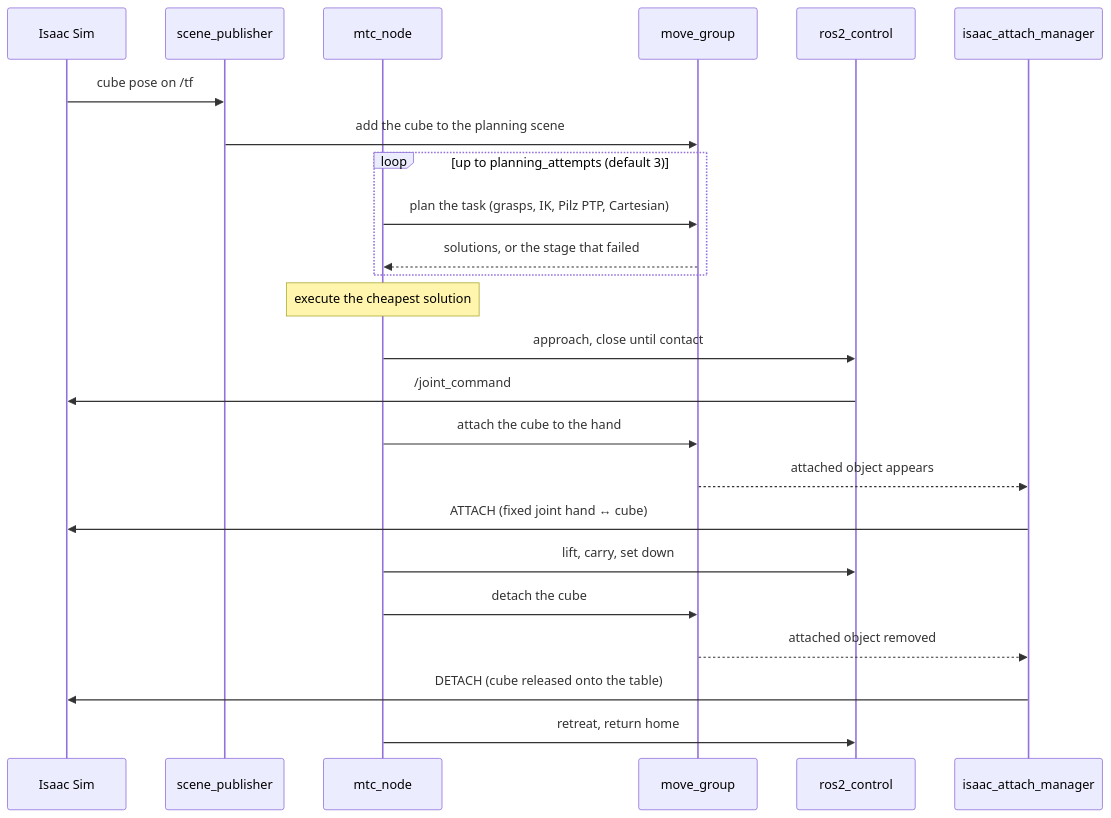
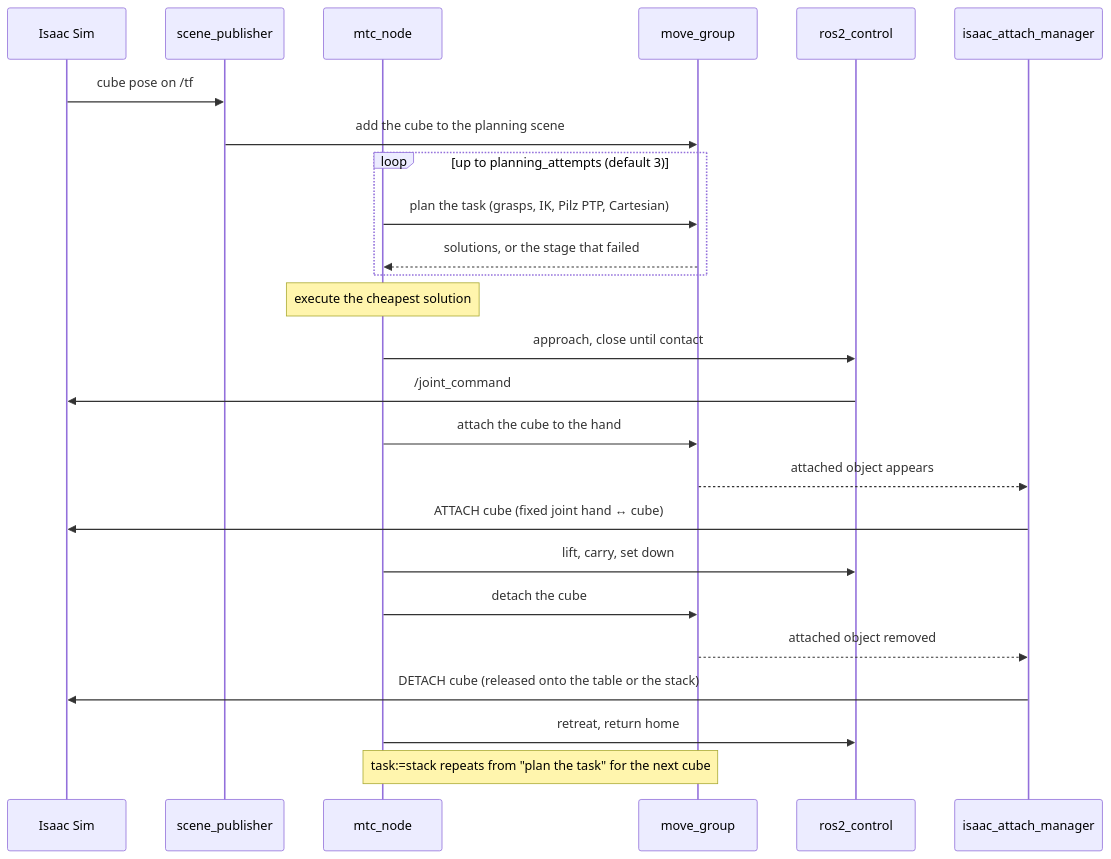
One commit to ookkshirsagar/moveit-mtc-pick-and-place changed the second of 5 diagrams in README.md. Above: the diagram before and after it, drawn with Mermaid. The commit also changed other lines of this file and 21 other files, not shown here.

````diff
--- a/README.md
+++ b/README.md
@@ -152,27 +184,28 @@
 ```mermaid
 sequenceDiagram
     participant I as Isaac Sim
     participant S as scene_publisher
     participant M as mtc_node
     participant G as move_group
     participant C as ros2_control
     participant A as isaac_attach_manager
 
     I->>S: cube pose on /tf
     S->>G: add the cube to the planning scene
     loop up to planning_attempts (default 3)
         M->>G: plan the task (grasps, IK, Pilz PTP, Cartesian)
         G-->>M: solutions, or the stage that failed
     end
     Note over M: execute the cheapest solution
     M->>C: approach, close until contact
     C->>I: /joint_command
     M->>G: attach the cube to the hand
     G-->>A: attached object appears
-    A->>I: ATTACH (fixed joint hand ↔ cube)
+    A->>I: ATTACH cube (fixed joint hand ↔ cube)
     M->>C: lift, carry, set down
     M->>G: detach the cube
     G-->>A: attached object removed
-    A->>I: DETACH (cube released onto the table)
+    A->>I: DETACH cube (released onto the table or the stack)
     M->>C: retreat, return home
+    Note over M,G: task:=stack repeats from "plan the task" for the next cube
 ```
````
